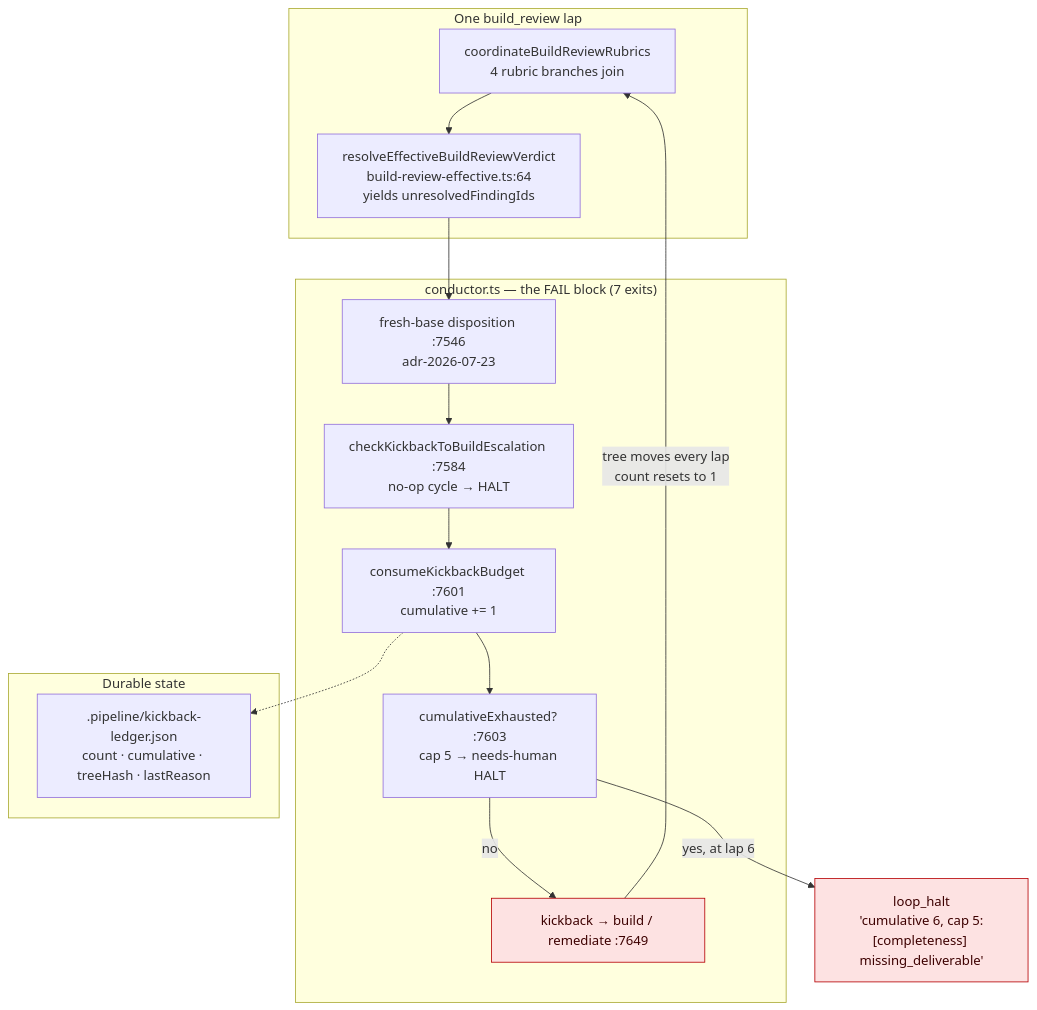
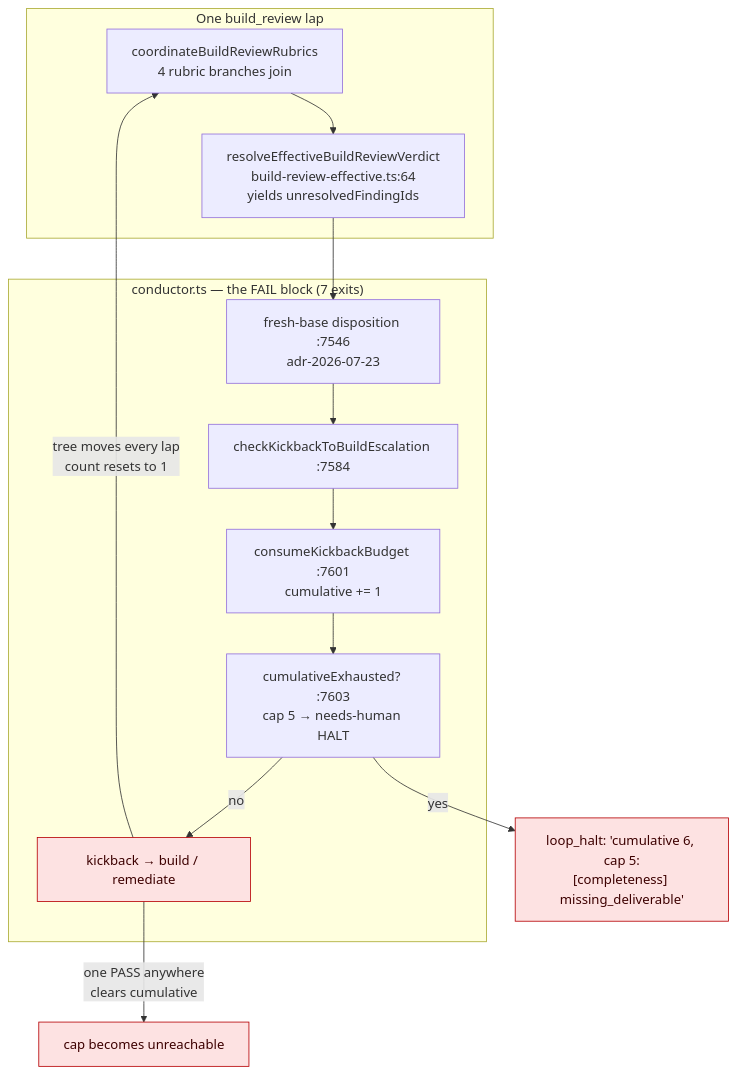
The first of 4 diagrams in .docs/architecture/the-engine-cannot-detect-its-own-spinning-operator.md (jstoup111/ai-conductor), drawn with Mermaid before and after one commit. The commit also changed other lines of this file and 9 other files, not shown here.

````diff
--- a/.docs/architecture/the-engine-cannot-detect-its-own-spinning-operator.md
+++ b/.docs/architecture/the-engine-cannot-detect-its-own-spinning-operator.md
@@ -11,28 +11,24 @@
 ```mermaid
 graph TD
   subgraph LAP["One build_review lap"]
     JOIN["coordinateBuildReviewRubrics<br/>4 rubric branches join"]
     EFF["resolveEffectiveBuildReviewVerdict<br/>build-review-effective.ts:64<br/>yields unresolvedFindingIds"]
   end
 
   subgraph FAIL["conductor.ts — the FAIL block (7 exits)"]
     STALE["fresh-base disposition :7546<br/>adr-2026-07-23"]
-    D2["checkKickbackToBuildEscalation :7584<br/>no-op cycle → HALT"]
+    D2["checkKickbackToBuildEscalation :7584"]
     SPEND["consumeKickbackBudget :7601<br/>cumulative += 1"]
     CAP["cumulativeExhausted? :7603<br/>cap 5 → needs-human HALT"]
-    ROUTE["kickback → build / remediate :7649"]
-  end
-
-  subgraph STATE["Durable state"]
-    LED[".pipeline/kickback-ledger.json<br/>count · cumulative · treeHash · lastReason"]
+    ROUTE["kickback → build / remediate"]
   end
 
   JOIN --> EFF --> STALE --> D2 --> SPEND --> CAP
-  SPEND -.-> LED
   CAP -->|"no"| ROUTE
   ROUTE -->|"tree moves every lap<br/>count resets to 1"| JOIN
-  CAP -->|"yes, at lap 6"| HALT["loop_halt<br/>'cumulative 6, cap 5:<br/>[completeness] missing_deliverable'"]
+  ROUTE -->|"one PASS anywhere<br/>clears cumulative"| RESET["cap becomes unreachable"]
+  CAP -->|"yes"| HALT["loop_halt: 'cumulative 6, cap 5:<br/>[completeness] missing_deliverable'"]
 
   classDef defect fill:#fde2e2,stroke:#b60205,color:#3d0000;
-  class HALT,ROUTE defect;
+  class HALT,ROUTE,RESET defect;
 ```
````
